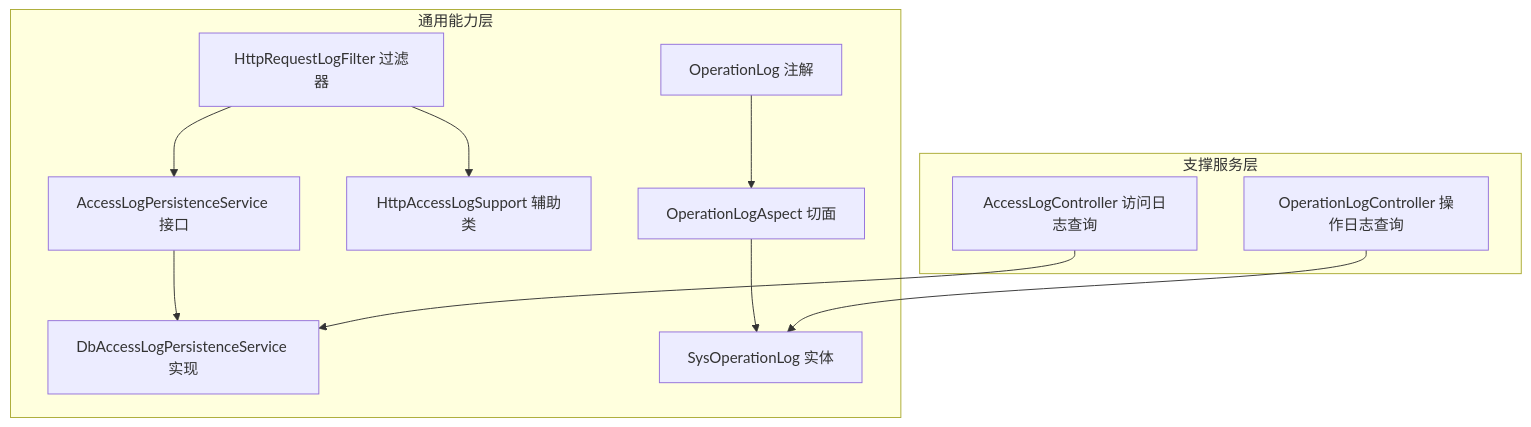
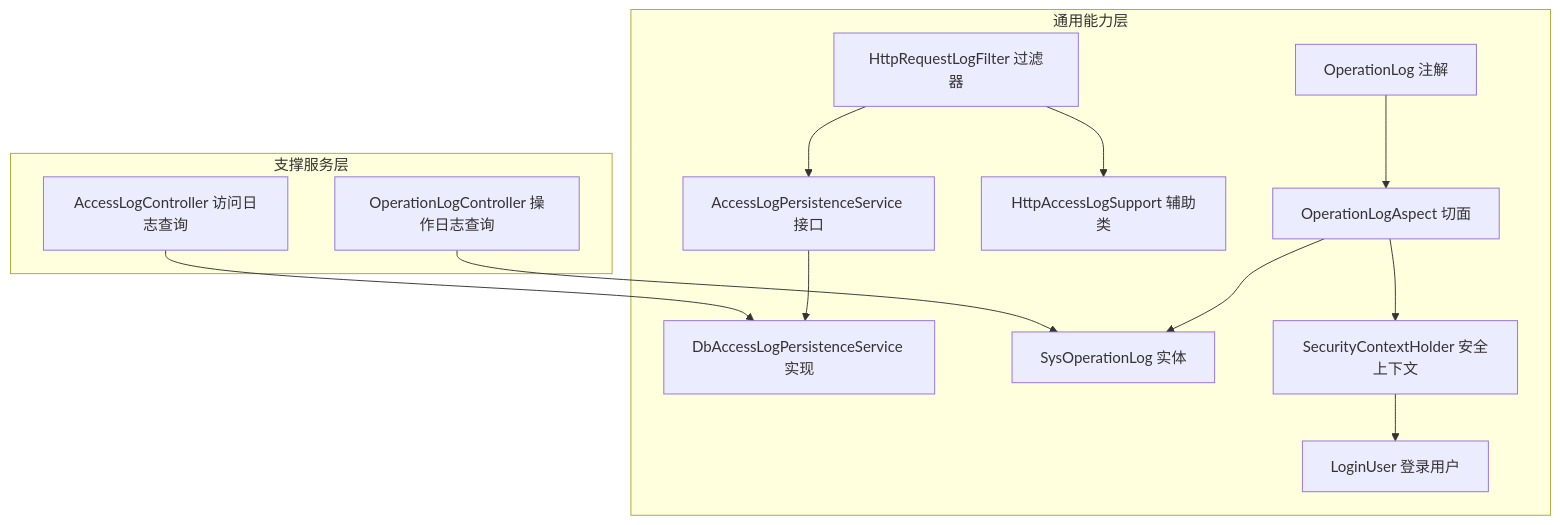
The first of 8 diagrams in .qoder/repowiki/zh/content/后端服务/支撑服务 (ele-ai-tender-support)/操作审计日志.md (DrunkFood/First), drawn with Mermaid before and after one commit. The commit also changed other lines of this file and 93 other files, not shown here.

````diff
--- a/.qoder/repowiki/zh/content/后端服务/支撑服务 (ele-ai-tender-support)/操作审计日志.md
+++ b/.qoder/repowiki/zh/content/后端服务/支撑服务 (ele-ai-tender-support)/操作审计日志.md
@@ -40,23 +48,27 @@
 ```mermaid
 graph TB
 subgraph "通用能力层"
 A["OperationLog 注解"]
 B["OperationLogAspect 切面"]
 C["HttpRequestLogFilter 过滤器"]
 D["HttpAccessLogSupport 辅助类"]
 E["AccessLogPersistenceService 接口"]
 F["DbAccessLogPersistenceService 实现"]
 G["SysOperationLog 实体"]
+H["SecurityContextHolder 安全上下文"]
+I["LoginUser 登录用户"]
 end
 subgraph "支撑服务层"
-H["OperationLogController 操作日志查询"]
-I["AccessLogController 访问日志查询"]
+J["OperationLogController 操作日志查询"]
+K["AccessLogController 访问日志查询"]
 end
 A --> B
 B --> G
+B --> H
+H --> I
 C --> D
 C --> E
 E --> F
-H --> G
-I --> F
+J --> G
+K --> F
 ```
````
